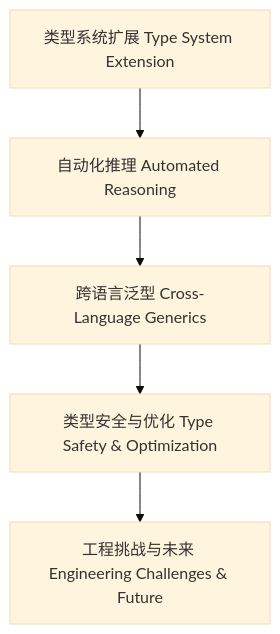
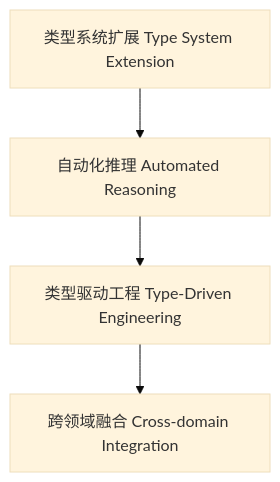
One commit to AdaMartin18010/haskell changed the diagram in docs/analysis/Type/01-Type-Level-Generic-Future.md. Above: the diagram before and after it, drawn with Mermaid (base theme). The commit also changed other lines of this file and 11 other files, not shown here.

````diff
--- a/docs/analysis/Type/01-Type-Level-Generic-Future.md
+++ b/docs/analysis/Type/01-Type-Level-Generic-Future.md
@@ -46,7 +28,6 @@
 ```mermaid
 graph TD
   A[类型系统扩展 Type System Extension] --> B[自动化推理 Automated Reasoning]
-  B --> C[跨语言泛型 Cross-Language Generics]
-  C --> D[类型安全与优化 Type Safety & Optimization]
-  D --> E[工程挑战与未来 Engineering Challenges & Future]
+  B --> C[类型驱动工程 Type-Driven Engineering]
+  C --> D[跨领域融合 Cross-domain Integration]
 ```
````
